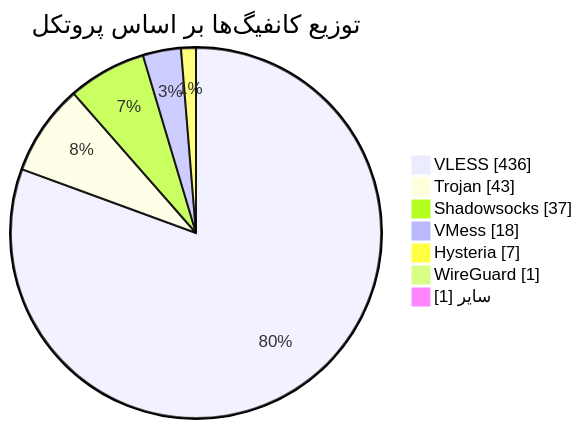
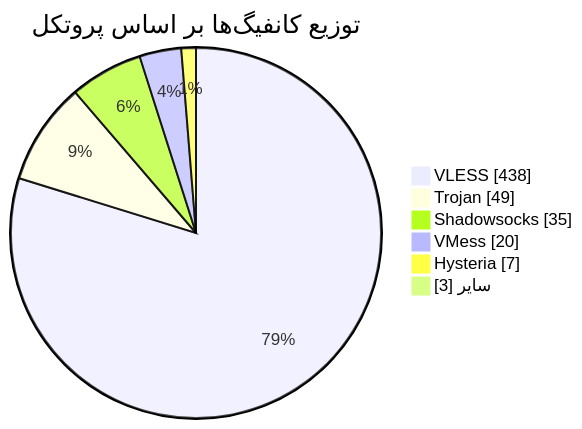
One commit to Arian-Alijani/Somthing changed the diagram in README.md. Above: the diagram before and after it, drawn with Mermaid. The commit also changed other lines of this file and 87 other files, not shown here.

````diff
--- a/README.md
+++ b/README.md
@@ -49,11 +48,10 @@
 ```mermaid
 pie showData
     title توزیع کانفیگ‌ها بر اساس پروتکل
-    "VLESS" : 436
-    "Trojan" : 43
-    "Shadowsocks" : 37
-    "VMess" : 18
+    "VLESS" : 438
+    "Trojan" : 49
+    "Shadowsocks" : 35
+    "VMess" : 20
     "Hysteria" : 7
-    "WireGuard" : 1
-    "سایر" : 1
+    "سایر" : 3
 ```
````
